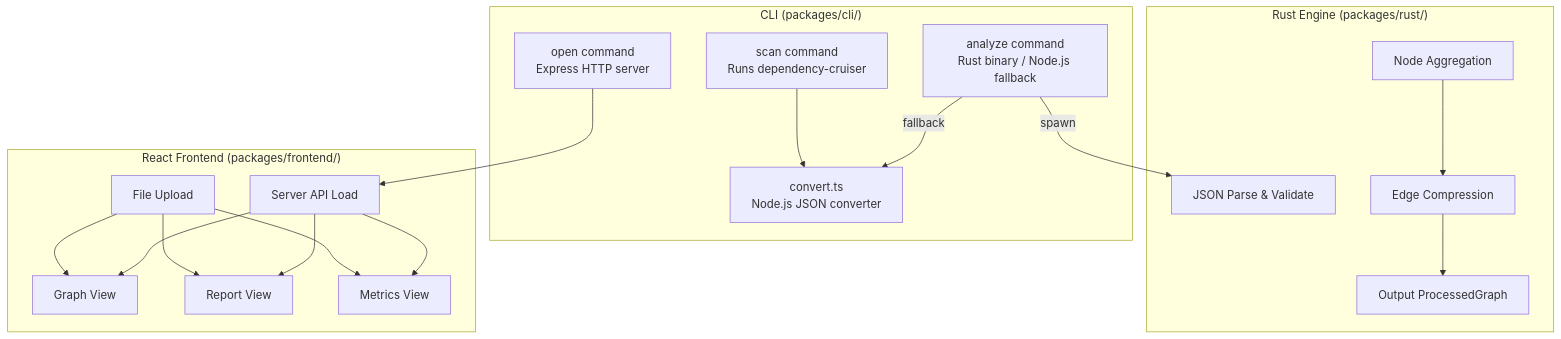
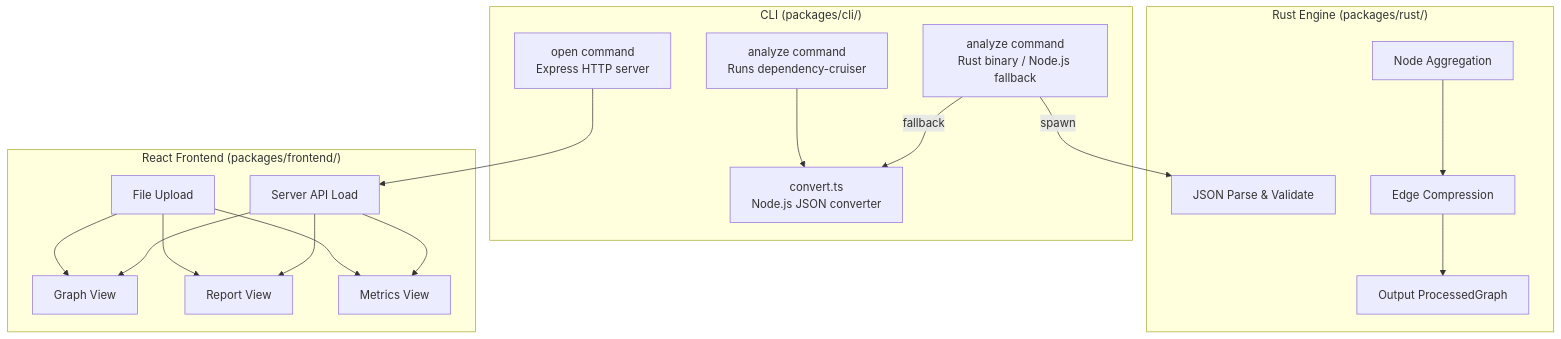
The second of 3 diagrams in docs/architecture/overview.md (fisher-89/dependency-cruiser-reporter), drawn with Mermaid before and after one commit. The commit also changed other lines of this file and 14 other files, not shown here.

First line of the commit message:
refactor(cli): rename scan command to analyze

````diff
--- a/docs/architecture/overview.md
+++ b/docs/architecture/overview.md
@@ -16,36 +16,36 @@
 ```mermaid
 flowchart TB
     subgraph CLI["CLI (packages/cli/)"]
-        Scan["scan command\nRuns dependency-cruiser"]
+        Scan["analyze command\nRuns dependency-cruiser"]
         Analyze["analyze command\nRust binary / Node.js fallback"]
         Open["open command\nExpress HTTP server"]
         Convert["convert.ts\nNode.js JSON converter"]
     end
 
     subgraph Rust["Rust Engine (packages/rust/)"]
         Parse["JSON Parse & Validate"]
         Agg["Node Aggregation"]
         Edge["Edge Compression"]
         Output["Output ProcessedGraph"]
     end
 
     subgraph Frontend["React Frontend (packages/frontend/)"]
         Upload["File Upload"]
         ServerLoad["Server API Load"]
         Graph["Graph View"]
         Report["Report View"]
         Metrics["Metrics View"]
     end
 
     Scan --> Convert
     Analyze -->|spawn| Parse
     Analyze -->|fallback| Convert
     Agg --> Edge --> Output
     Open --> ServerLoad
     Upload --> Graph
     Upload --> Report
     Upload --> Metrics
     ServerLoad --> Graph
     ServerLoad --> Report
     ServerLoad --> Metrics
 ```
````
